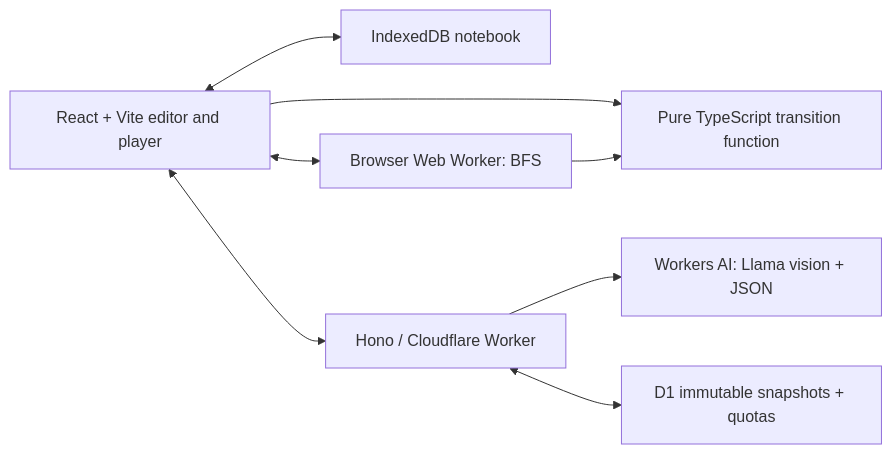
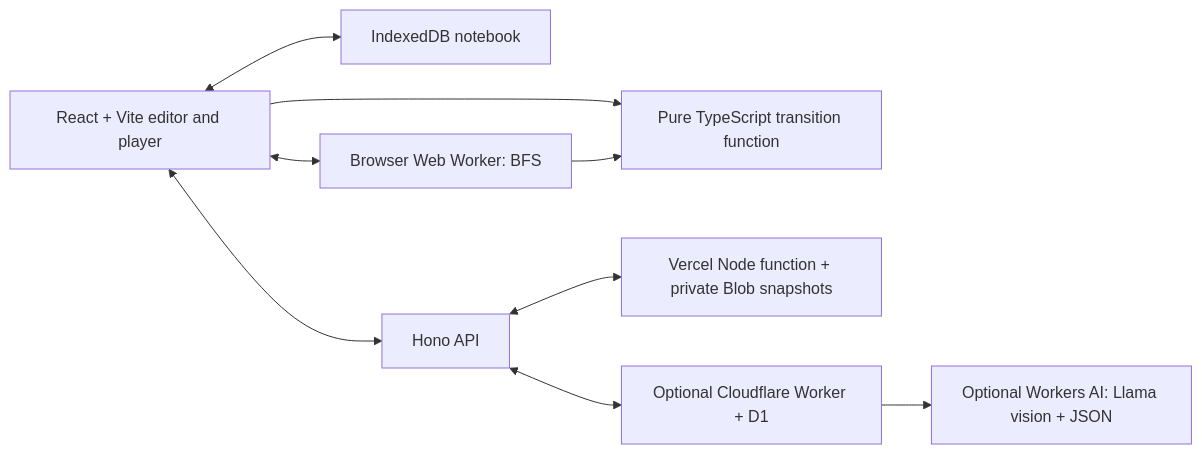
Before and after one commit to Chi944/sketchquest: the diagram in README.md, drawn with Mermaid. The commit also changed other lines of this file and 40 other files, not shown here.

````diff
--- a/README.md
+++ b/README.md
@@ -89,10 +100,11 @@
 ```mermaid
 flowchart LR
     UI[React + Vite editor and player] <--> Local[IndexedDB notebook]
     UI --> Rules[Pure TypeScript transition function]
     UI <--> Solver[Browser Web Worker: BFS]
     Solver --> Rules
-    UI <--> API[Hono / Cloudflare Worker]
-    API --> AI[Workers AI: Llama vision + JSON]
-    API <--> D1[D1 immutable snapshots + quotas]
+    UI <--> API[Hono API]
+    API <--> Vercel[Vercel Node function + private Blob snapshots]
+    API <--> Cloudflare[Optional Cloudflare Worker + D1]
+    Cloudflare --> AI[Optional Workers AI: Llama vision + JSON]
 ```
````
